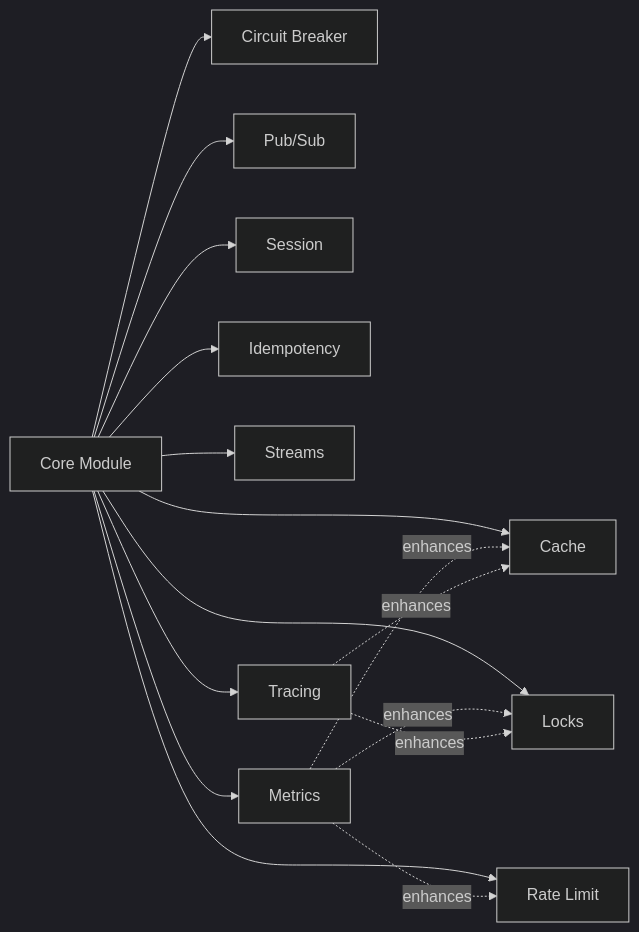
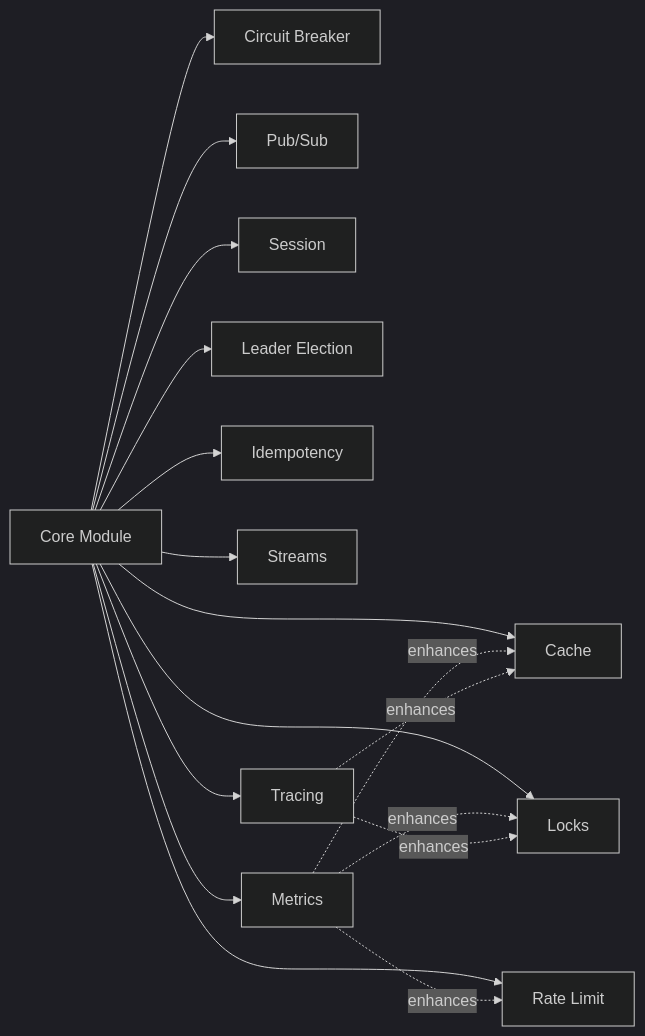
Before and after one commit to nestjs-redisx/nestjs-redisx: the second of 2 diagrams in website/en/guide/decision-guide.md, drawn with Mermaid (dark theme). The commit also changed other lines of this file and 26 other files, not shown here.

````diff
--- a/website/en/guide/decision-guide.md
+++ b/website/en/guide/decision-guide.md
@@ -113,19 +114,20 @@
 ```mermaid
 graph LR
     Core[Core Module] --> Cache
     Core --> Locks
     Core --> RateLimit[Rate Limit]
     Core --> CircuitBreaker[Circuit Breaker]
     Core --> PubSub[Pub/Sub]
     Core --> Session[Session]
+    Core --> Leader[Leader Election]
     Core --> Idempotency
     Core --> Streams
     Core --> Metrics
     Core --> Tracing
     
     Metrics -.->|enhances| Cache
     Metrics -.->|enhances| Locks
     Metrics -.->|enhances| RateLimit
     Tracing -.->|enhances| Cache
     Tracing -.->|enhances| Locks
 ```
````
